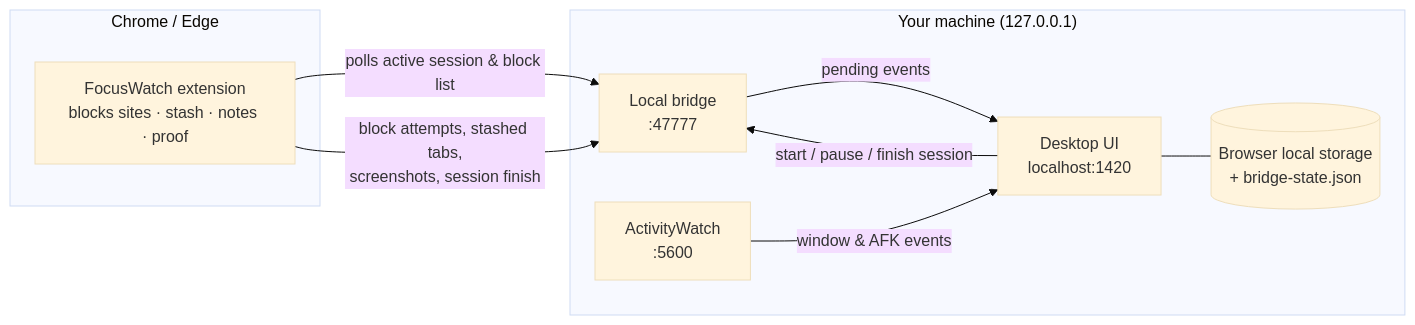
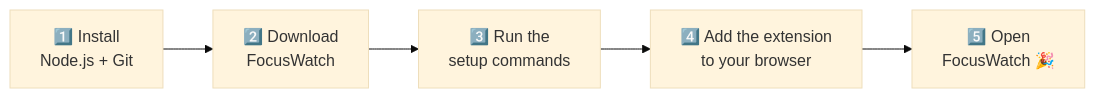
Before and after one commit to LuciferSharma/focus: the fifth of 5 diagrams in README.md, drawn with Mermaid (base theme). The commit also changed other lines of this file, not shown here.

First line of the commit message:
Rewrite README in plain language with diagrams

````diff
--- a/README.md
+++ b/README.md
@@ -51,20 +158,4 @@
 ```mermaid
 flowchart LR
-    subgraph Browser["Chrome / Edge"]
-        EXT["FocusWatch extension<br/>blocks sites · stash · notes · proof"]
-    end
-
-    subgraph Local["Your machine (127.0.0.1)"]
-        UI["Desktop UI<br/>localhost:1420"]
-        BR["Local bridge<br/>:47777"]
-        AW["ActivityWatch<br/>:5600"]
-        ST[("Browser local storage<br/>+ bridge-state.json")]
-    end
-
-    UI -- "start / pause / finish session" --> BR
-    EXT -- "polls active session & block list" --> BR
-    EXT -- "block attempts, stashed tabs,<br/>screenshots, session finish" --> BR
-    BR -- "pending events" --> UI
-    AW -- "window & AFK events" --> UI
-    UI --- ST
+    S1["1️⃣ Install<br/>Node.js + Git"] --> S2["2️⃣ Download<br/>FocusWatch"] --> S3["3️⃣ Run the<br/>setup commands"] --> S4["4️⃣ Add the extension<br/>to your browser"] --> S5["5️⃣ Open<br/>FocusWatch 🎉"]
 ```
````
